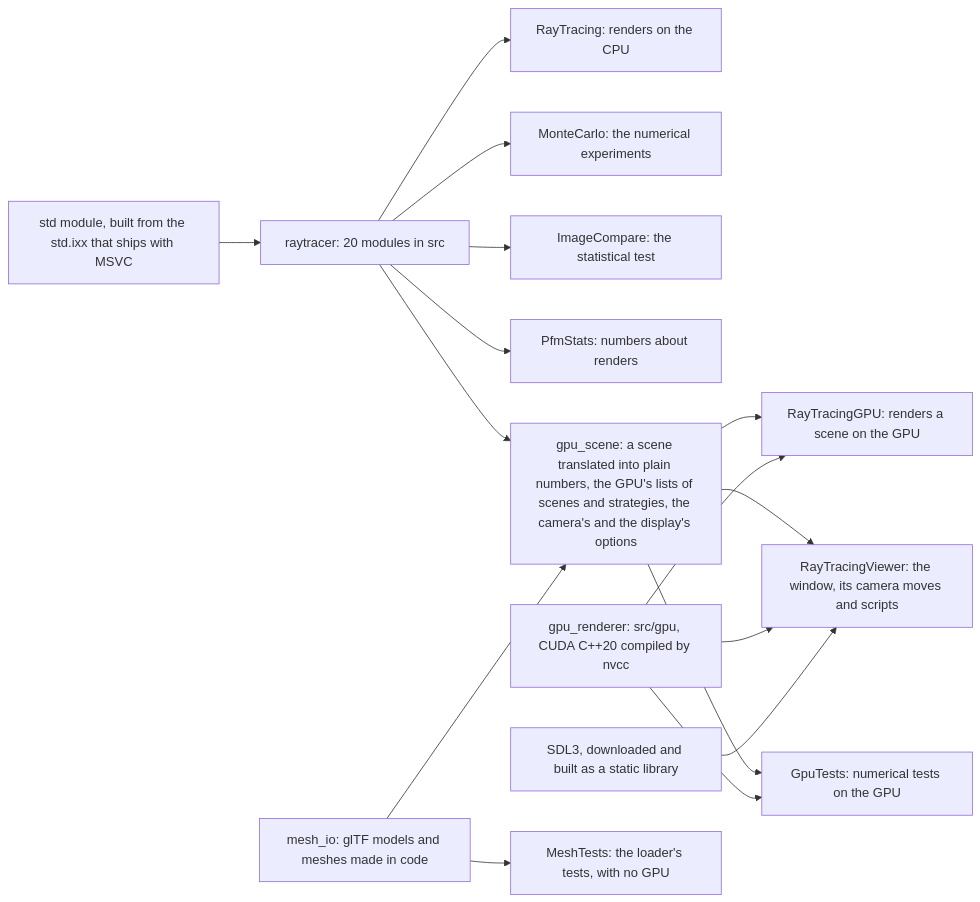
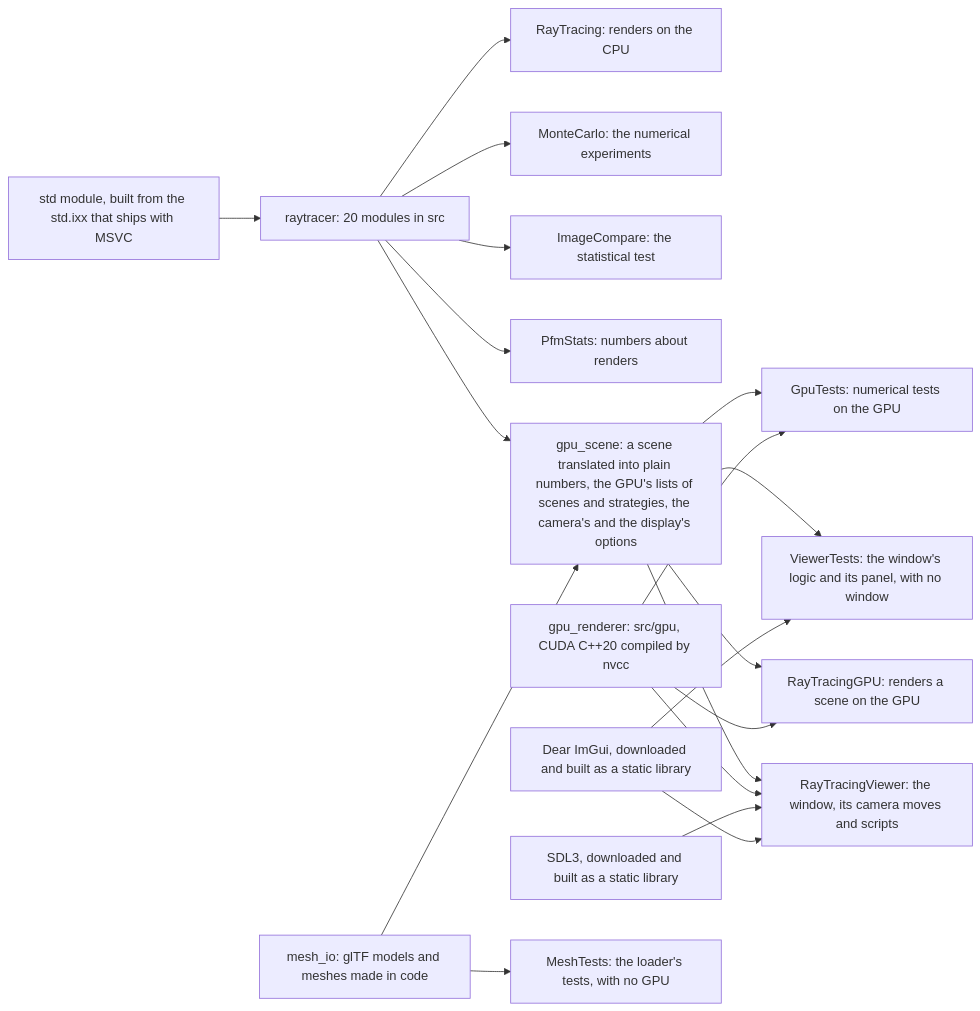
The diagram in docs/architecture.md (DaniilK19/RayTracing), drawn with Mermaid before and after one commit. The commit also changed other lines of this file and 6 other files, not shown here.

First line of the commit message:
Step 107: README and docs for the window's panel and renders to a file (beyond the books)

````diff
--- a/docs/architecture.md
+++ b/docs/architecture.md
@@ -81,18 +84,21 @@
 ```mermaid
 flowchart LR
     std["std module, built from the std.ixx that ships with MSVC"] --> lib["raytracer: 20 modules in src"]
     lib --> rt["RayTracing: renders on the CPU"]
     lib --> mc["MonteCarlo: the numerical experiments"]
     lib --> ic["ImageCompare: the statistical test"]
     lib --> ps["PfmStats: numbers about renders"]
     lib --> gs["gpu_scene: a scene translated into plain numbers, the GPU's lists of scenes and strategies, the camera's and the display's options"]
     gs --> gp["RayTracingGPU: renders a scene on the GPU"]
     gs --> vw["RayTracingViewer: the window, its camera moves and scripts"]
     gs --> gt["GpuTests: numerical tests on the GPU"]
     cu["gpu_renderer: src/gpu, CUDA C++20 compiled by nvcc"] --> gp
     cu --> vw
     cu --> gt
     sdl["SDL3, downloaded and built as a static library"] --> vw
+    im["Dear ImGui, downloaded and built as a static library"] --> vw
+    gs --> vt["ViewerTests: the window's logic and its panel, with no window"]
+    im --> vt
     mi["mesh_io: glTF models and meshes made in code"] --> gs
     mi --> mt["MeshTests: the loader's tests, with no GPU"]
 ```
````
